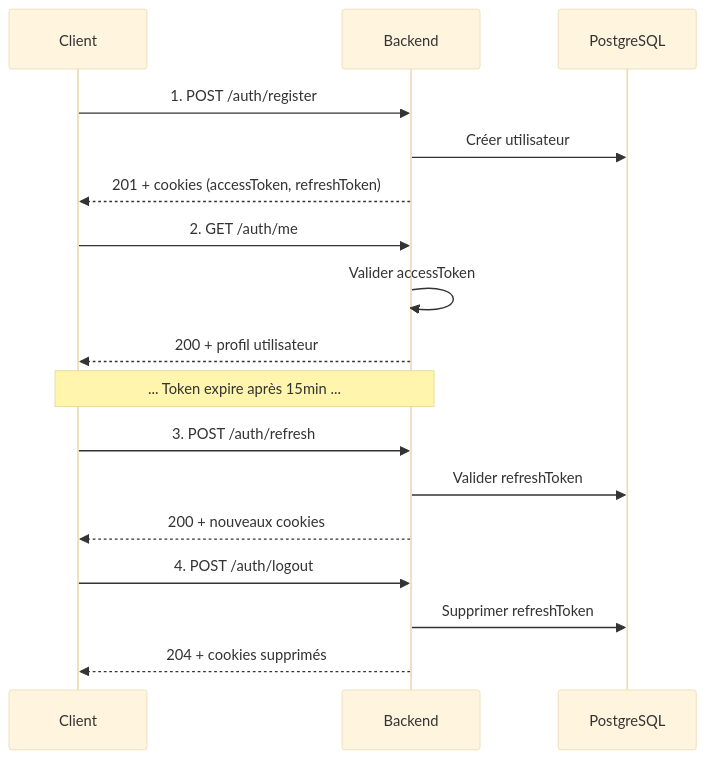
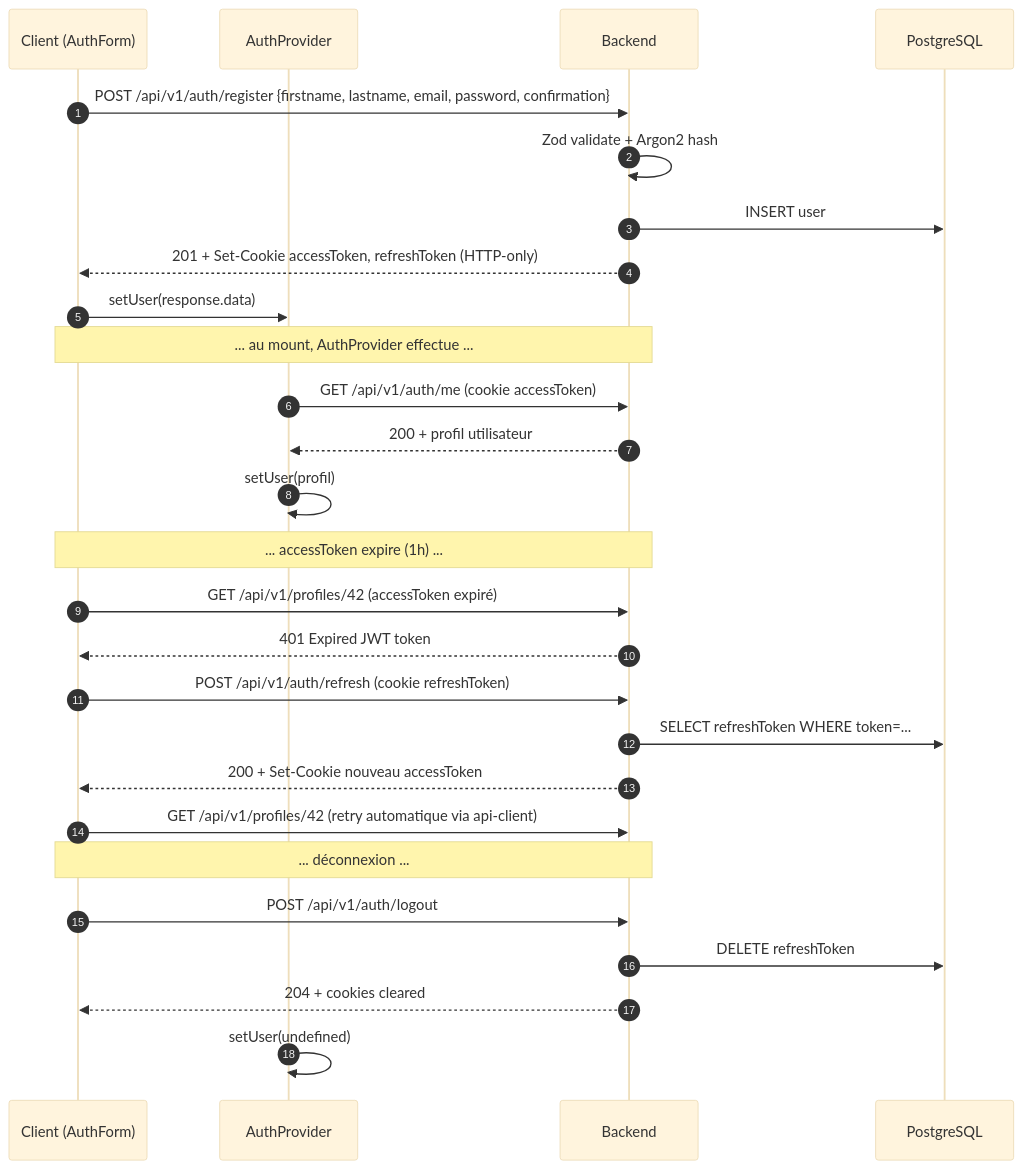
Before and after one commit to Sojeremy/documentation-skillswap: the diagram in docs/documentation-implementation/api-reference/examples/auth-flow.md, drawn with Mermaid (base theme). The commit also changed other lines of this file and 2 other files, not shown here.

Commit message:
docs(api-reference): refonte examples flows (renvoi aux sources Arc42, retrait code fictif TanStack)

````diff
--- a/docs/documentation-implementation/api-reference/examples/auth-flow.md
+++ b/docs/documentation-implementation/api-reference/examples/auth-flow.md
@@ -7,24 +12,33 @@
 ```mermaid
 sequenceDiagram
-    participant C as Client
+    autonumber
+    participant C as Client (AuthForm)
+    participant AP as AuthProvider
     participant B as Backend
     participant DB as PostgreSQL
 
-    C->>B: 1. POST /auth/register
-    B->>DB: Créer utilisateur
-    B-->>C: 201 + cookies (accessToken, refreshToken)
+    C->>B: POST /api/v1/auth/register {firstname, lastname, email, password, confirmation}
+    B->>B: Zod validate + Argon2 hash
+    B->>DB: INSERT user
+    B-->>C: 201 + Set-Cookie accessToken, refreshToken (HTTP-only)
+    C->>AP: setUser(response.data)
 
-    C->>B: 2. GET /auth/me
-    B->>B: Valider accessToken
-    B-->>C: 200 + profil utilisateur
+    Note over C,B: ... au mount, AuthProvider effectue ...
+    AP->>B: GET /api/v1/auth/me (cookie accessToken)
+    B-->>AP: 200 + profil utilisateur
+    AP->>AP: setUser(profil)
 
-    Note over C,B: ... Token expire après 15min ...
+    Note over C,B: ... accessToken expire (1h) ...
+    C->>B: GET /api/v1/profiles/42 (accessToken expiré)
+    B-->>C: 401 Expired JWT token
+    C->>B: POST /api/v1/auth/refresh (cookie refreshToken)
+    B->>DB: SELECT refreshToken WHERE token=...
+    B-->>C: 200 + Set-Cookie nouveau accessToken
+    C->>B: GET /api/v1/profiles/42 (retry automatique via api-client)
 
-    C->>B: 3. POST /auth/refresh
-    B->>DB: Valider refreshToken
-    B-->>C: 200 + nouveaux cookies
-
-    C->>B: 4. POST /auth/logout
-    B->>DB: Supprimer refreshToken
-    B-->>C: 204 + cookies supprimés
+    Note over C,B: ... déconnexion ...
+    C->>B: POST /api/v1/auth/logout
+    B->>DB: DELETE refreshToken
+    B-->>C: 204 + cookies cleared
+    AP->>AP: setUser(undefined)
 ```
````
